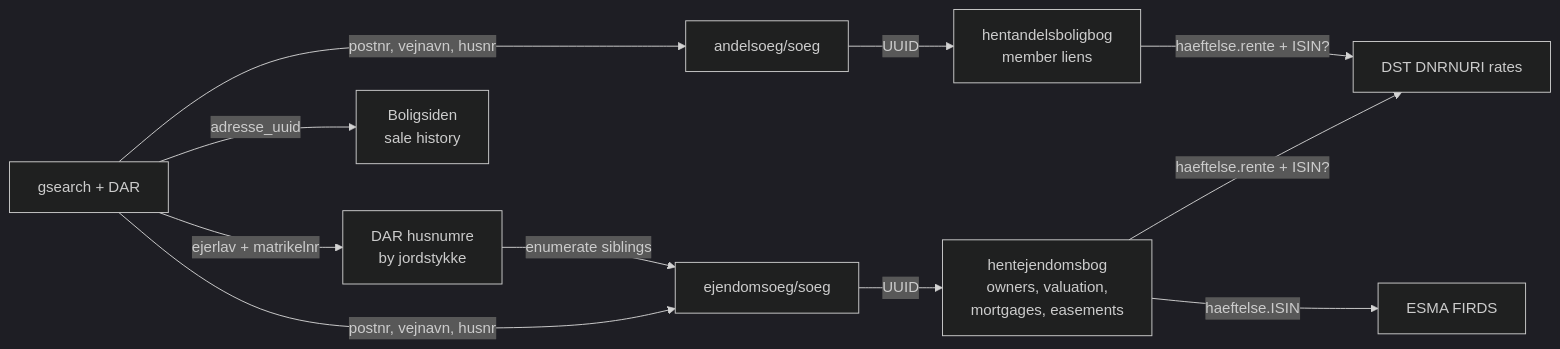
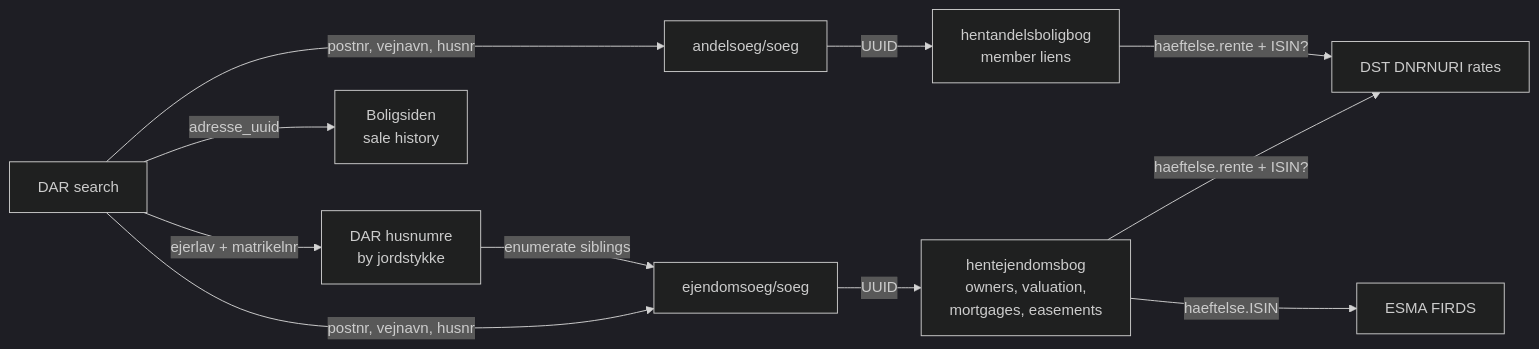
Before and after one commit to Doessing/nosynabo: the third of 4 diagrams in README.md, drawn with Mermaid (dark theme). The commit also changed other lines of this file and 2 other files, not shown here.

First line of the commit message:
fix: search box via DAR GraphQL - Dataforsyningen gsearch shut down 2026-11-26 (#31)

````diff
--- a/README.md
+++ b/README.md
@@ -256,17 +256,17 @@
 ```mermaid
 flowchart LR
-    ADDR[gsearch + DAR]
+    ADDR[DAR search]
     ADDR -->|postnr, vejnavn, husnr| ESOEG[ejendomsoeg/soeg]
     ADDR -->|postnr, vejnavn, husnr| ASOEG[andelsoeg/soeg]
     ADDR -->|ejerlav + matrikelnr| ADDR2[DAR husnumre<br/>by jordstykke]
     ADDR2 -->|enumerate siblings| ESOEG
 
     ESOEG -->|UUID| ETING[hentejendomsbog<br/>owners, valuation,<br/>mortgages, easements]
     ASOEG -->|UUID| ABOG[hentandelsboligbog<br/>member liens]
 
     ADDR -->|adresse_uuid| BOLIG[Boligsiden<br/>sale history]
 
     ETING -->|haeftelse.rente + ISIN?| DST[DST DNRNURI rates]
     ETING -->|haeftelse.ISIN| ESMA[ESMA FIRDS]
     ABOG -->|haeftelse.rente + ISIN?| DST
 ```
````
